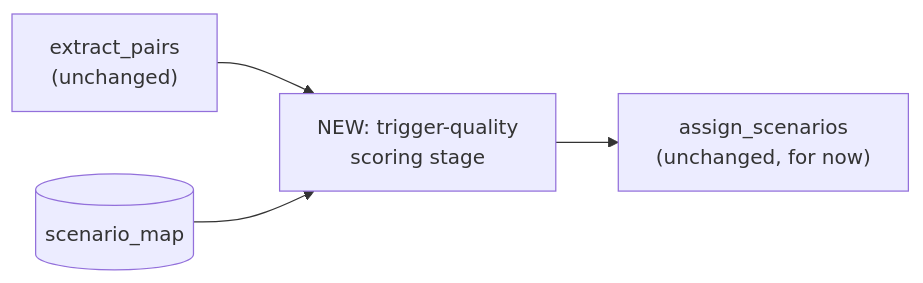
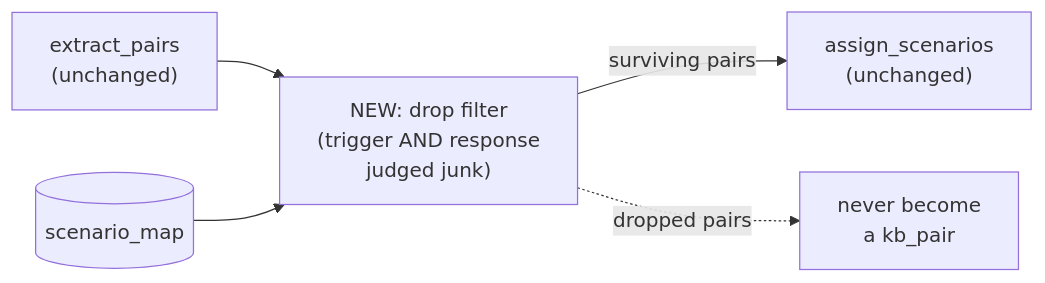
Before and after one commit to harshilbhanushali-rgb/Agentic-Learning: the diagram in docs/superpowers/specs/2026-08-04-layer-b-trigger-quality-gate-design.md, drawn with Mermaid. The commit also changed other lines of this file, not shown here.

First line of the commit message:
Simplify trigger-quality gate design to a single drop filter

````diff
--- a/docs/superpowers/specs/2026-08-04-layer-b-trigger-quality-gate-design.md
+++ b/docs/superpowers/specs/2026-08-04-layer-b-trigger-quality-gate-design.md
@@ -49,6 +65,7 @@
 ```mermaid
 flowchart LR
-    EP["extract_pairs\n(unchanged)"] --> TQ["NEW: trigger-quality\nscoring stage"]
-    TQ --> AS["assign_scenarios\n(unchanged, for now)"]
+    EP["extract_pairs\n(unchanged)"] --> TQ["NEW: drop filter\n(trigger AND response\njudged junk)"]
+    TQ -->|surviving pairs| AS["assign_scenarios\n(unchanged)"]
+    TQ -.->|dropped pairs| X["never become\na kb_pair"]
     SCEN[(scenario_map)] --> TQ
 ```
````
